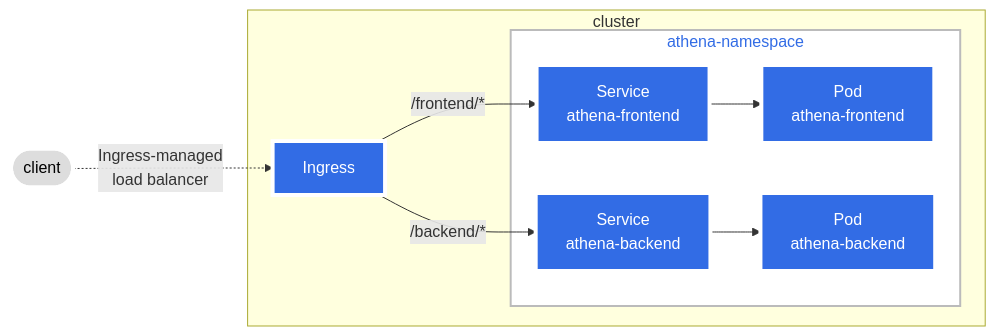
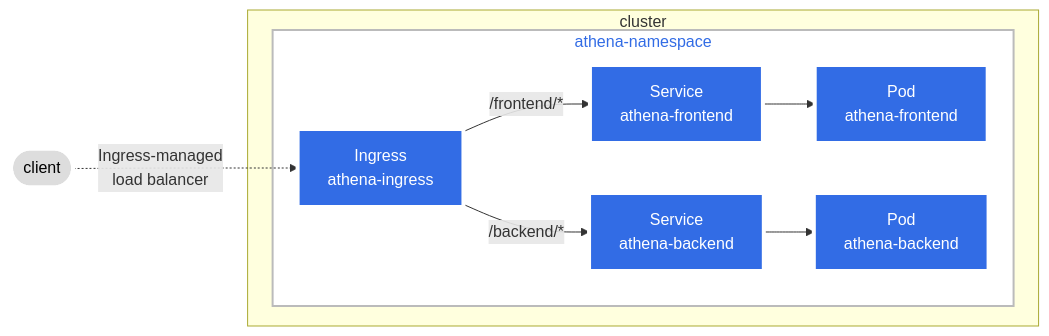
The diagram in helm-release-manager/README.md (novarasa/k8s-helm-tutorial), drawn with Mermaid before and after one commit. The commit also changed other lines of this file and 6 other files, not shown here.

````diff
--- a/helm-release-manager/README.md
+++ b/helm-release-manager/README.md
@@ -4,25 +6,25 @@
 ```mermaid
 graph LR;
- client([client])-. Ingress-managed <br> load balancer .->ingress[Ingress];
+ client([client])-. Ingress-managed <br> load balancer .->ingress[Ingress<br>athena-ingress];
  ingress-->|/frontend/*|service-frontend[Service<br>athena-frontend];
  ingress-->|/backend/*|service-backend[Service<br>athena-backend];
 
  subgraph athena-namespace
+ ingress;
  service-frontend;
  service-backend;
  service-frontend-->pod1[Pod<br>athena-frontend];
  service-backend-->pod2[Pod<br>athena-backend];
  end
 
  subgraph cluster
- ingress;
  athena-namespace;
  end
 
  classDef plain fill:#ddd,stroke:#fff,stroke-width:4px,color:#000;
  classDef k8s fill:#326ce5,stroke:#fff,stroke-width:4px,color:#fff;
  classDef namespace fill:#fff,stroke:#bbb,stroke-width:2px,color:#326ce5;
  class ingress,service-frontend,service-backend,pod1,pod2 k8s;
  class client plain;
  class athena-namespace namespace;
 ```
````
